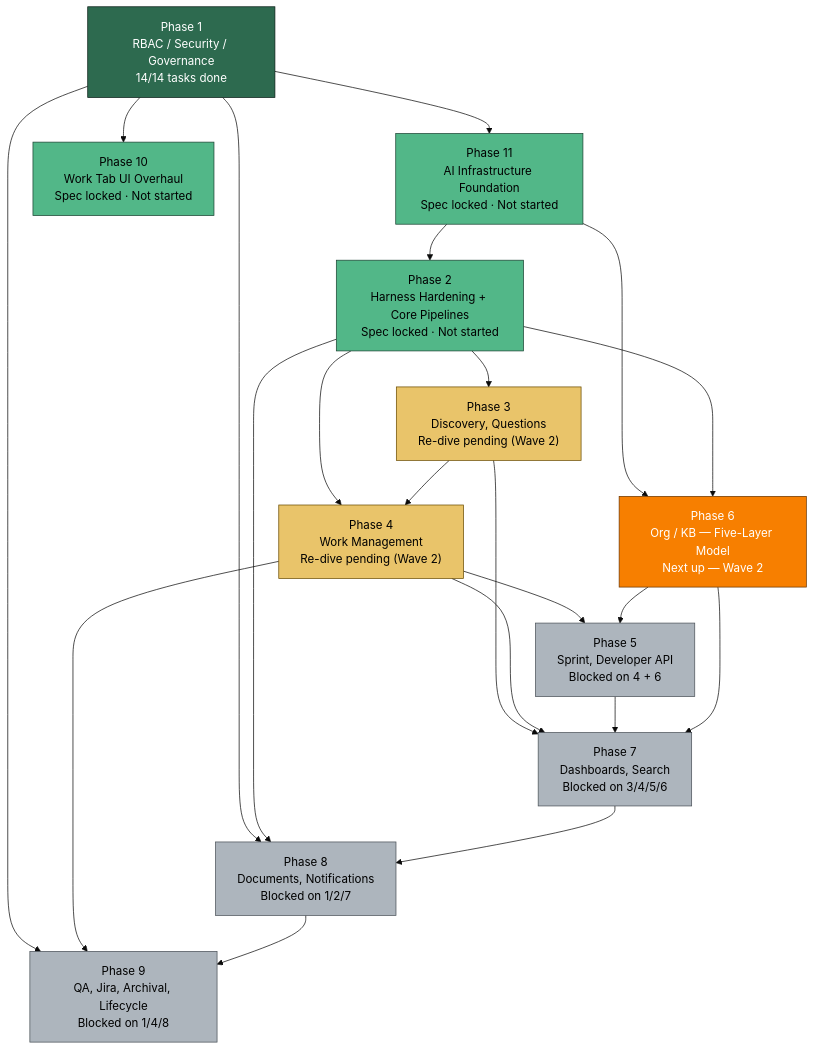
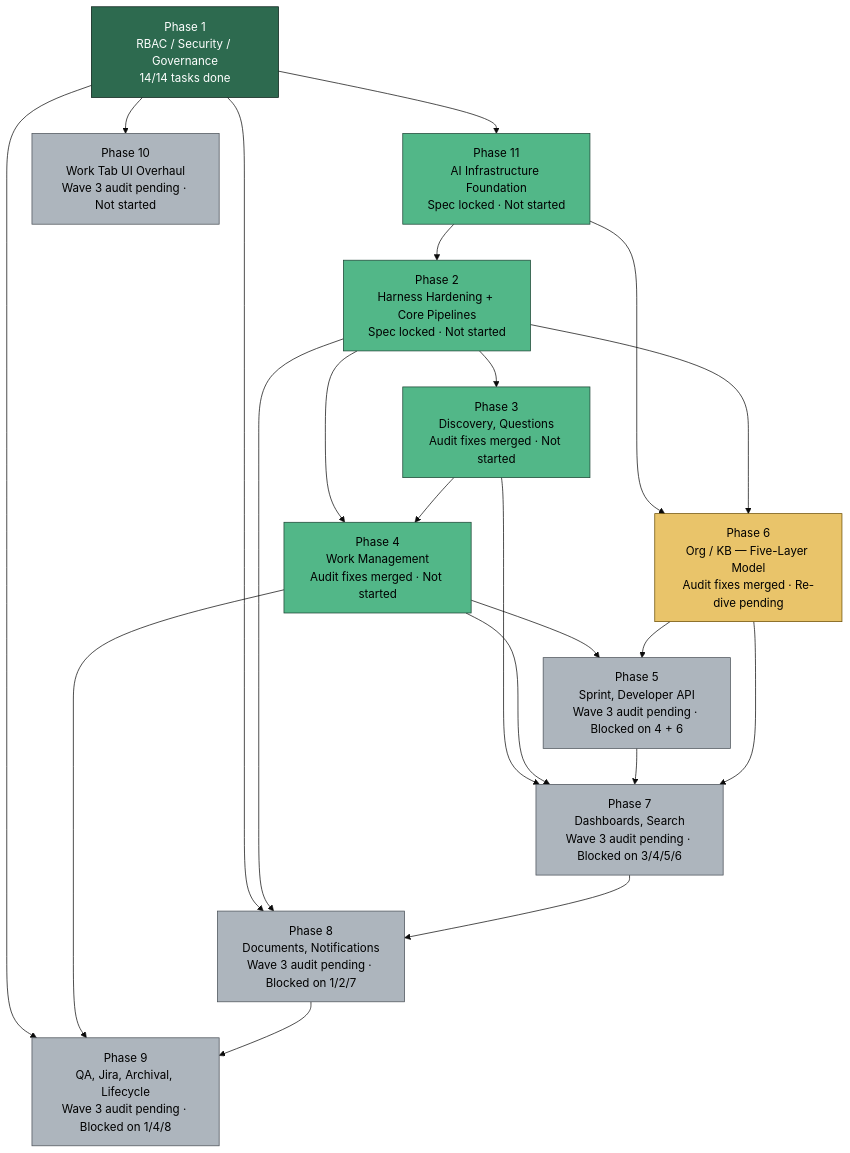
The third of 4 diagrams in docs/bef/PROJECT_STATE_VISUAL.md (Mar5929/Salesforce-Consulting-SDLC-App), drawn with Mermaid (base theme) before and after one commit. The commit also changed other lines of this file, not shown here.

Commit message:
docs: sync pipeline + visual to Wave 2 merged / Wave 3 active

````diff
--- a/docs/bef/PROJECT_STATE_VISUAL.md
+++ b/docs/bef/PROJECT_STATE_VISUAL.md
@@ -52,41 +52,42 @@
 ```mermaid
 flowchart TD
     P1["Phase 1<br/>RBAC / Security / Governance<br/>14/14 tasks done"]:::done
     P11["Phase 11<br/>AI Infrastructure Foundation<br/>Spec locked · Not started"]:::ready
-    P10["Phase 10<br/>Work Tab UI Overhaul<br/>Spec locked · Not started"]:::ready
+    P10["Phase 10<br/>Work Tab UI Overhaul<br/>Wave 3 audit pending · Not started"]:::wave3
     P2["Phase 2<br/>Harness Hardening + Core Pipelines<br/>Spec locked · Not started"]:::ready
-    P3["Phase 3<br/>Discovery, Questions<br/>Re-dive pending (Wave 2)"]:::wave2
-    P4["Phase 4<br/>Work Management<br/>Re-dive pending (Wave 2)"]:::wave2
-    P6["Phase 6<br/>Org / KB — Five-Layer Model<br/>Next up — Wave 2"]:::next
-    P5["Phase 5<br/>Sprint, Developer API<br/>Blocked on 4 + 6"]:::blocked
-    P7["Phase 7<br/>Dashboards, Search<br/>Blocked on 3/4/5/6"]:::blocked
-    P8["Phase 8<br/>Documents, Notifications<br/>Blocked on 1/2/7"]:::blocked
-    P9["Phase 9<br/>QA, Jira, Archival, Lifecycle<br/>Blocked on 1/4/8"]:::blocked
+    P3["Phase 3<br/>Discovery, Questions<br/>Audit fixes merged · Not started"]:::ready
+    P4["Phase 4<br/>Work Management<br/>Audit fixes merged · Not started"]:::ready
+    P6["Phase 6<br/>Org / KB — Five-Layer Model<br/>Audit fixes merged · Re-dive pending"]:::wave2
+    P5["Phase 5<br/>Sprint, Developer API<br/>Wave 3 audit pending · Blocked on 4 + 6"]:::wave3
+    P7["Phase 7<br/>Dashboards, Search<br/>Wave 3 audit pending · Blocked on 3/4/5/6"]:::wave3
+    P8["Phase 8<br/>Documents, Notifications<br/>Wave 3 audit pending · Blocked on 1/2/7"]:::wave3
+    P9["Phase 9<br/>QA, Jira, Archival, Lifecycle<br/>Wave 3 audit pending · Blocked on 1/4/8"]:::wave3
 
     P1 --> P11
     P1 --> P10
     P11 --> P2
     P2 --> P3
     P2 --> P4
     P3 --> P4
     P11 --> P6
     P2 --> P6
     P4 --> P5
     P6 --> P5
     P3 --> P7
     P4 --> P7
     P5 --> P7
     P6 --> P7
     P1 --> P8
     P2 --> P8
     P7 --> P8
     P1 --> P9
     P4 --> P9
     P8 --> P9
 
     classDef done fill:#2d6a4f,stroke:#081c15,color:#fff
     classDef ready fill:#52b788,stroke:#1b4332,color:#000
     classDef next fill:#f77f00,stroke:#6a3500,color:#fff
     classDef wave2 fill:#e9c46a,stroke:#6a4c00,color:#000
+    classDef wave3 fill:#adb5bd,stroke:#495057,color:#000
     classDef blocked fill:#adb5bd,stroke:#495057,color:#000
 ```
````
